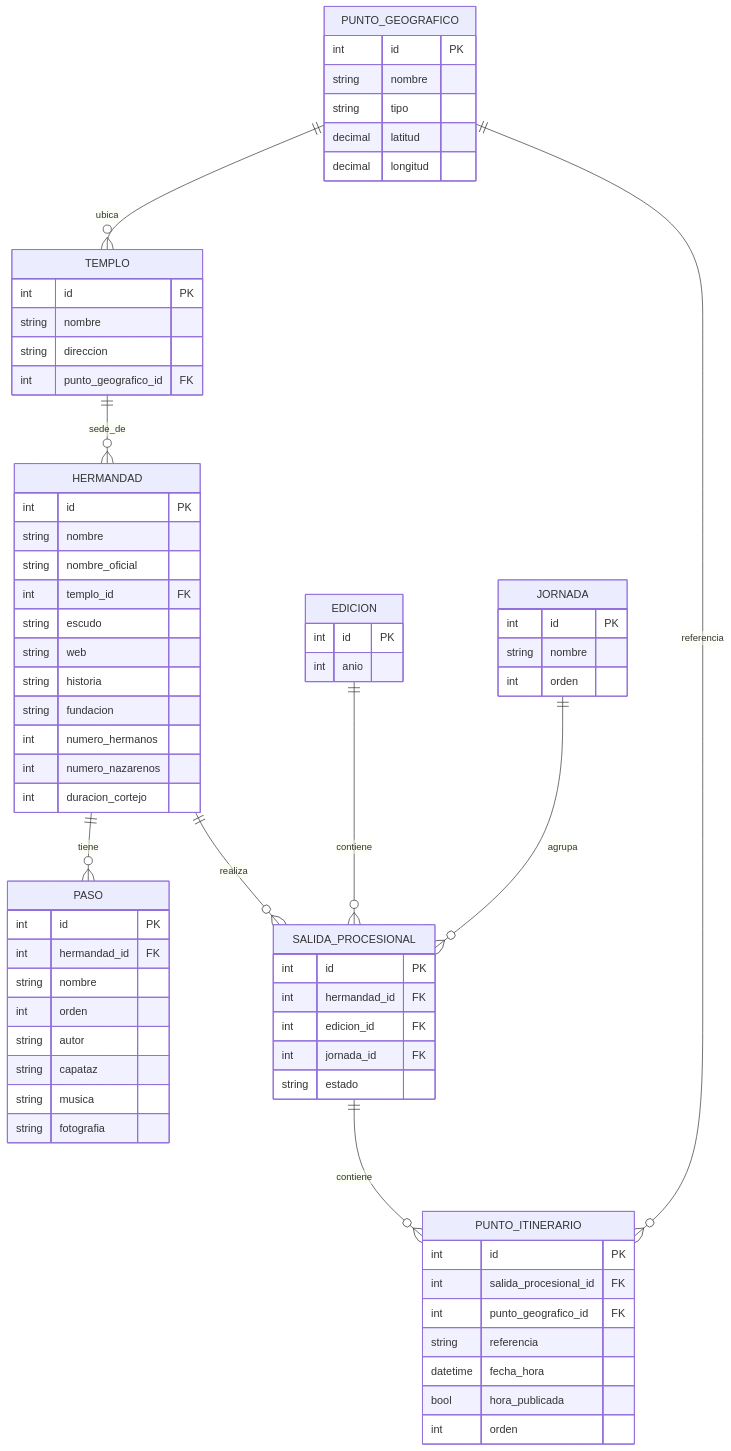
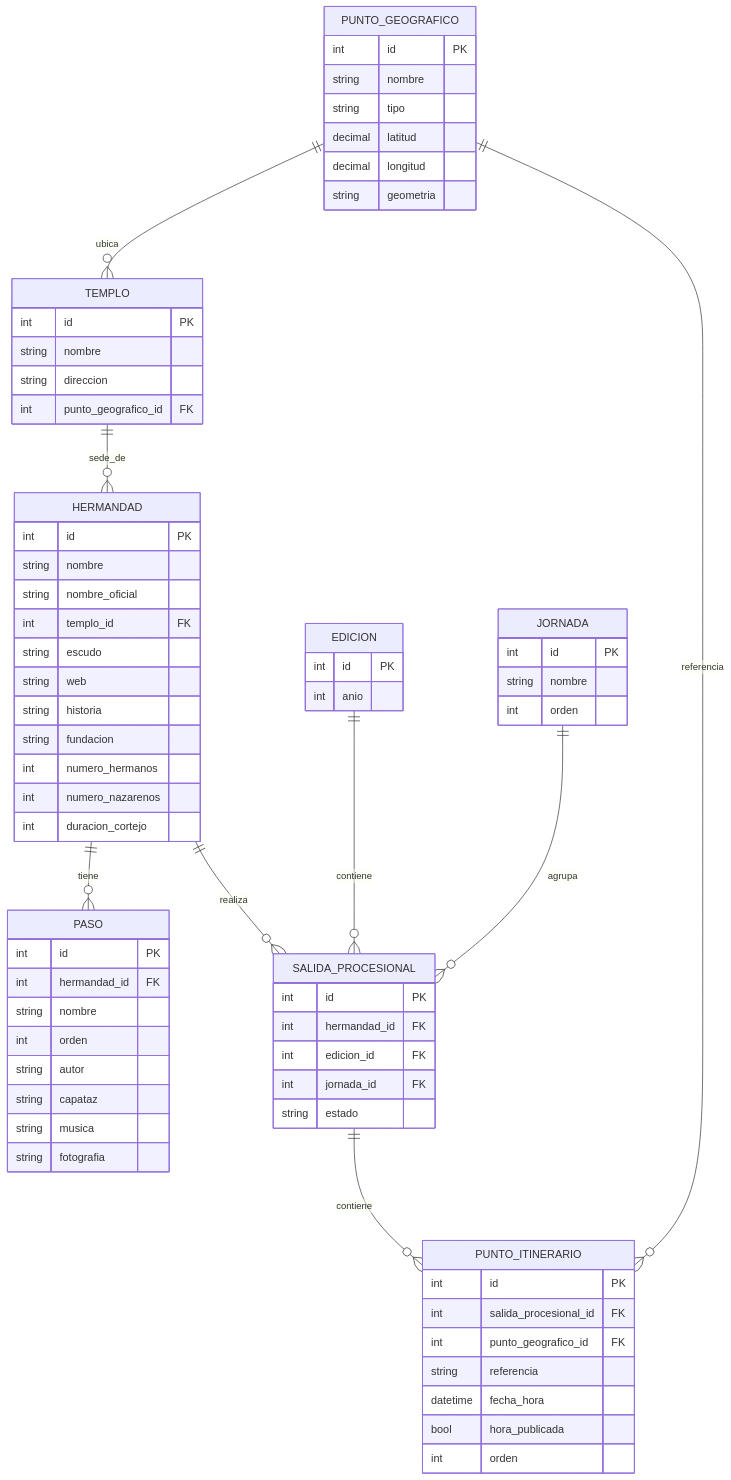
Before and after one commit to barrerot/cofradar2026: the diagram in docs/datos/MODELO.md, drawn with Mermaid. The commit also changed other lines of this file and 1 other file, not shown here.

First line of the commit message:
Datos: geometria en punto geográfico y concepto del GPS social

````diff
--- a/docs/datos/MODELO.md
+++ b/docs/datos/MODELO.md
@@ -7,80 +7,81 @@
 ```mermaid
 erDiagram
     PUNTO_GEOGRAFICO {
         int id PK
         string nombre
         string tipo
         decimal latitud
         decimal longitud
+        string geometria
     }
 
     TEMPLO {
         int id PK
         string nombre
         string direccion
         int punto_geografico_id FK
     }
 
     HERMANDAD {
         int id PK
         string nombre
         string nombre_oficial
         int templo_id FK
         string escudo
         string web
         string historia
         string fundacion
         int numero_hermanos
         int numero_nazarenos
         int duracion_cortejo
     }
 
     PASO {
         int id PK
         int hermandad_id FK
         string nombre
         int orden
         string autor
         string capataz
         string musica
         string fotografia
     }
 
     EDICION {
         int id PK
         int anio
     }
 
     JORNADA {
         int id PK
         string nombre
         int orden
     }
 
     SALIDA_PROCESIONAL {
         int id PK
         int hermandad_id FK
         int edicion_id FK
         int jornada_id FK
         string estado
     }
 
     PUNTO_ITINERARIO {
         int id PK
         int salida_procesional_id FK
         int punto_geografico_id FK
         string referencia
         datetime fecha_hora
         bool hora_publicada
         int orden
     }
 
     PUNTO_GEOGRAFICO ||--o{ TEMPLO : ubica
     TEMPLO ||--o{ HERMANDAD : sede_de
     HERMANDAD ||--o{ PASO : tiene
     HERMANDAD ||--o{ SALIDA_PROCESIONAL : realiza
     EDICION ||--o{ SALIDA_PROCESIONAL : contiene
     JORNADA ||--o{ SALIDA_PROCESIONAL : agrupa
     SALIDA_PROCESIONAL ||--o{ PUNTO_ITINERARIO : contiene
     PUNTO_GEOGRAFICO ||--o{ PUNTO_ITINERARIO : referencia
 ```
````
